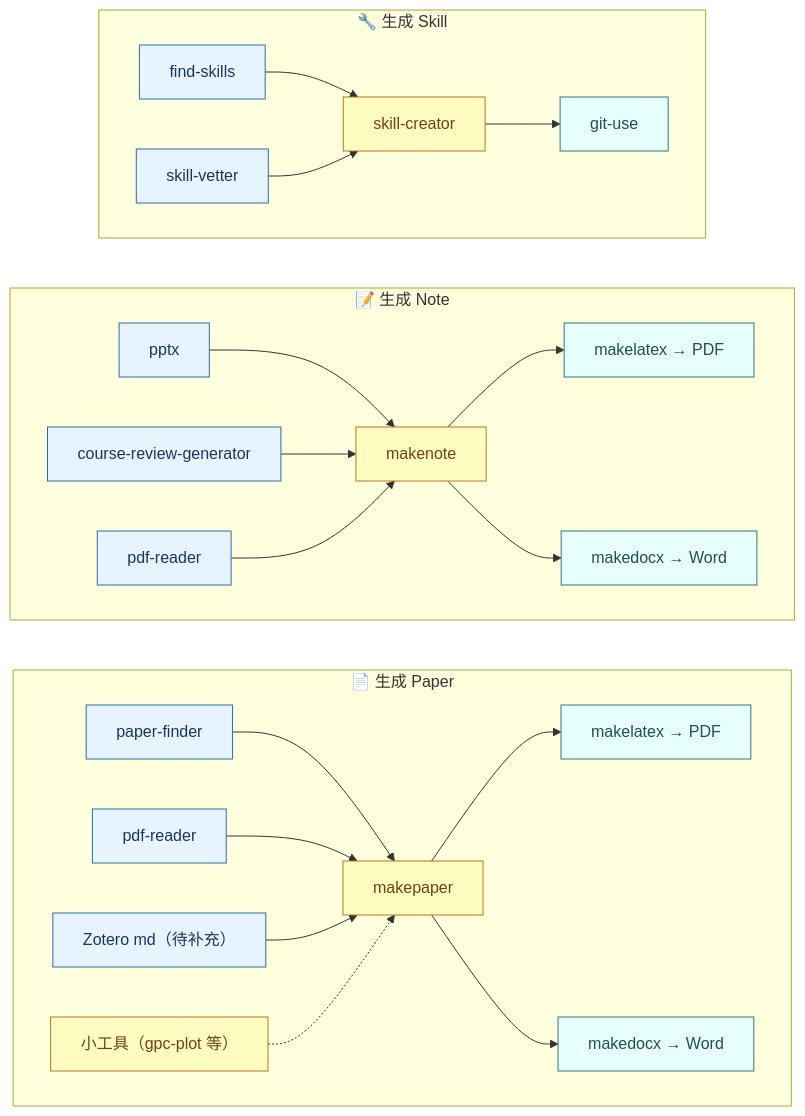
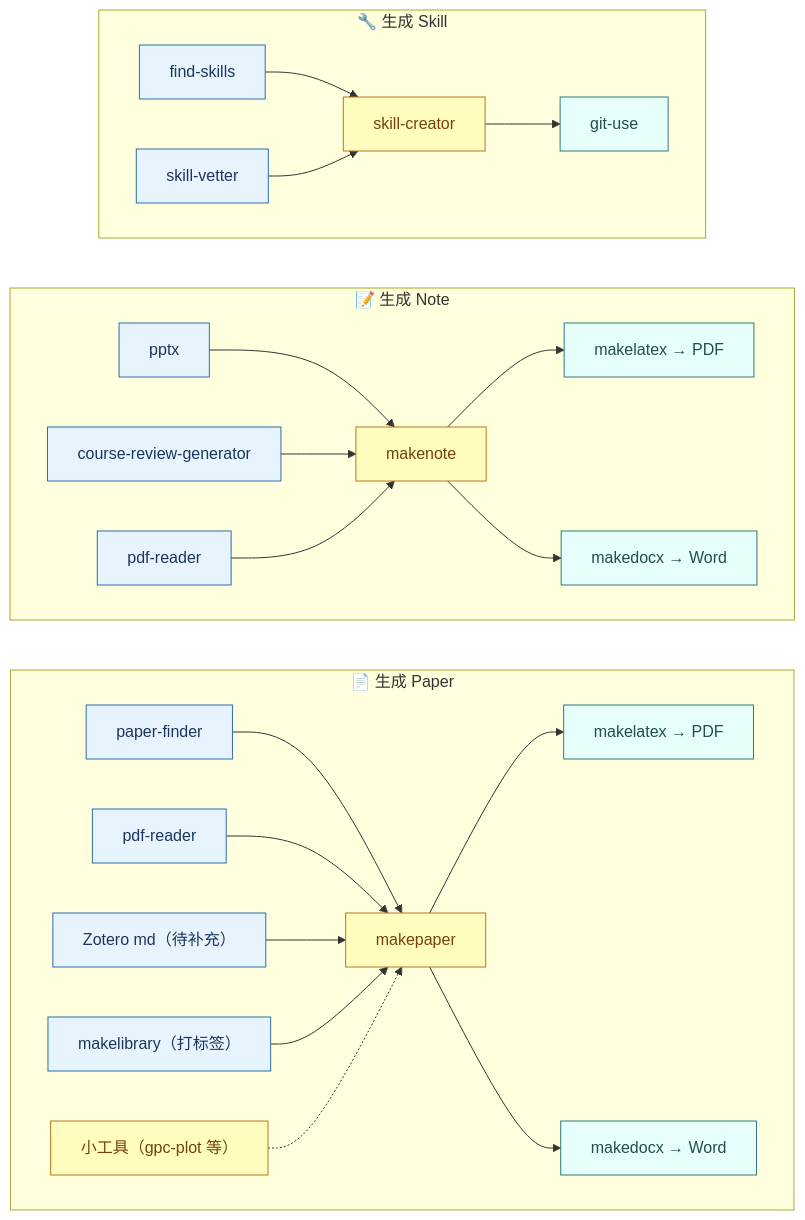
Before and after one commit to han90059005/han-skills: the diagram in README.md, drawn with Mermaid. The commit also changed other lines of this file, not shown here.

Commit message:
Add makelibrary to README flowchart/detail; fix makelatex deps to TeX Live

````diff
--- a/README.md
+++ b/README.md
@@ -25,32 +25,33 @@
 ```mermaid
 flowchart LR
     classDef src fill:#e8f4fd,stroke:#2b6cb0,color:#1a365d
     classDef core fill:#fefcbf,stroke:#b7791f,color:#744210
     classDef out fill:#e6fffa,stroke:#2c7a7b,color:#234e52
 
     subgraph P["📄 生成 Paper"]
         direction LR
         PF["paper-finder"]:::src --> MP["makepaper"]:::core
         PR["pdf-reader"]:::src --> MP
         ZM["Zotero md（待补充）"]:::src --> MP
+        ML["makelibrary（打标签）"]:::src --> MP
         TL["小工具（gpc-plot 等）"]:::core -.-> MP
         MP --> ML1["makelatex → PDF"]:::out
         MP --> PD1["makedocx → Word"]:::out
     end
 
     subgraph N["📝 生成 Note"]
         direction LR
         PT["pptx"]:::src --> MN["makenote"]:::core
         CR["course-review-generator"]:::src --> MN
         PR2["pdf-reader"]:::src --> MN
         MN --> ML2["makelatex → PDF"]:::out
         MN --> PD2["makedocx → Word"]:::out
     end
 
     subgraph S["🔧 生成 Skill"]
         direction LR
         FS["find-skills"]:::src --> SC["skill-creator"]:::core
         SV["skill-vetter"]:::src --> SC
         SC --> GU["git-use"]:::out
     end
 ```
````
